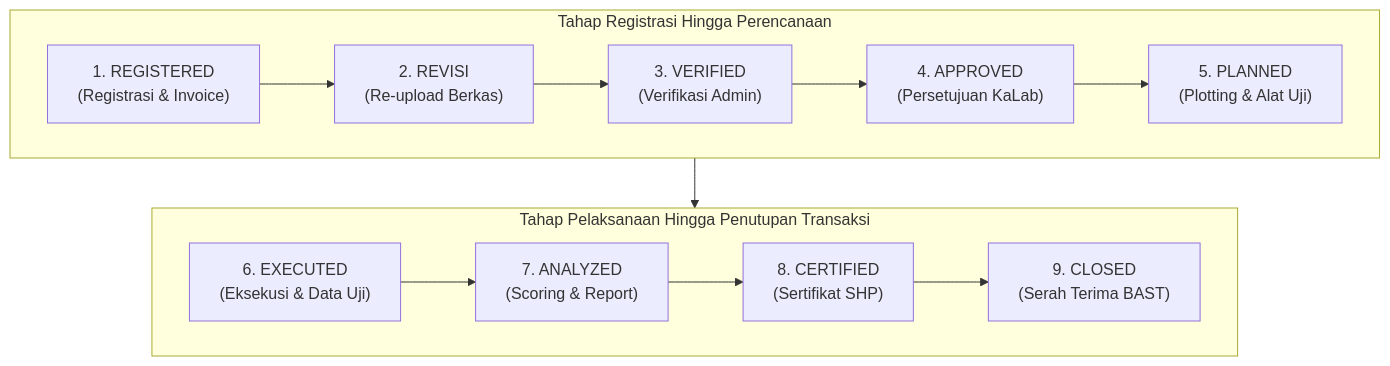
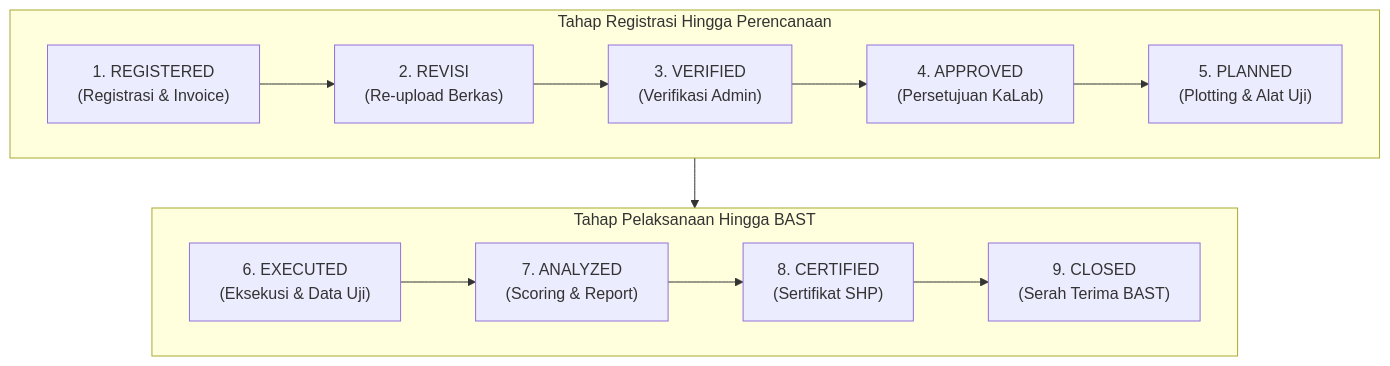
One commit to nurkholim15-bot/lims changed the second of 6 diagrams in brd_lims.md. Above: the diagram before and after it, drawn with Mermaid. The commit also changed other lines of this file and 15 other files, not shown here.

````diff
--- a/brd_lims.md
+++ b/brd_lims.md
@@ -92,19 +94,19 @@
 ```mermaid
 graph TD
     subgraph Phase1 ["Tahap Registrasi Hingga Perencanaan"]
         direction LR
         REGISTERED["1. REGISTERED<br/>(Registrasi & Invoice)"] --> REVISI["2. REVISI<br/>(Re-upload Berkas)"]
         REVISI --> VERIFIED["3. VERIFIED<br/>(Verifikasi Admin)"]
         VERIFIED --> APPROVED["4. APPROVED<br/>(Persetujuan KaLab)"]
         APPROVED --> PLANNED["5. PLANNED<br/>(Plotting & Alat Uji)"]
     end
 
-    subgraph Phase2 ["Tahap Pelaksanaan Hingga Penutupan Transaksi"]
+    subgraph Phase2 ["Tahap Pelaksanaan Hingga BAST"]
         direction LR
         EXECUTED["6. EXECUTED<br/>(Eksekusi & Data Uji)"] --> ANALYZED["7. ANALYZED<br/>(Scoring & Report)"]
         ANALYZED --> CERTIFIED["8. CERTIFIED<br/>(Sertifikat SHP)"]
         CERTIFIED --> CLOSED["9. CLOSED<br/>(Serah Terima BAST)"]
     end
 
     PLANNED --> EXECUTED
 ```
````
